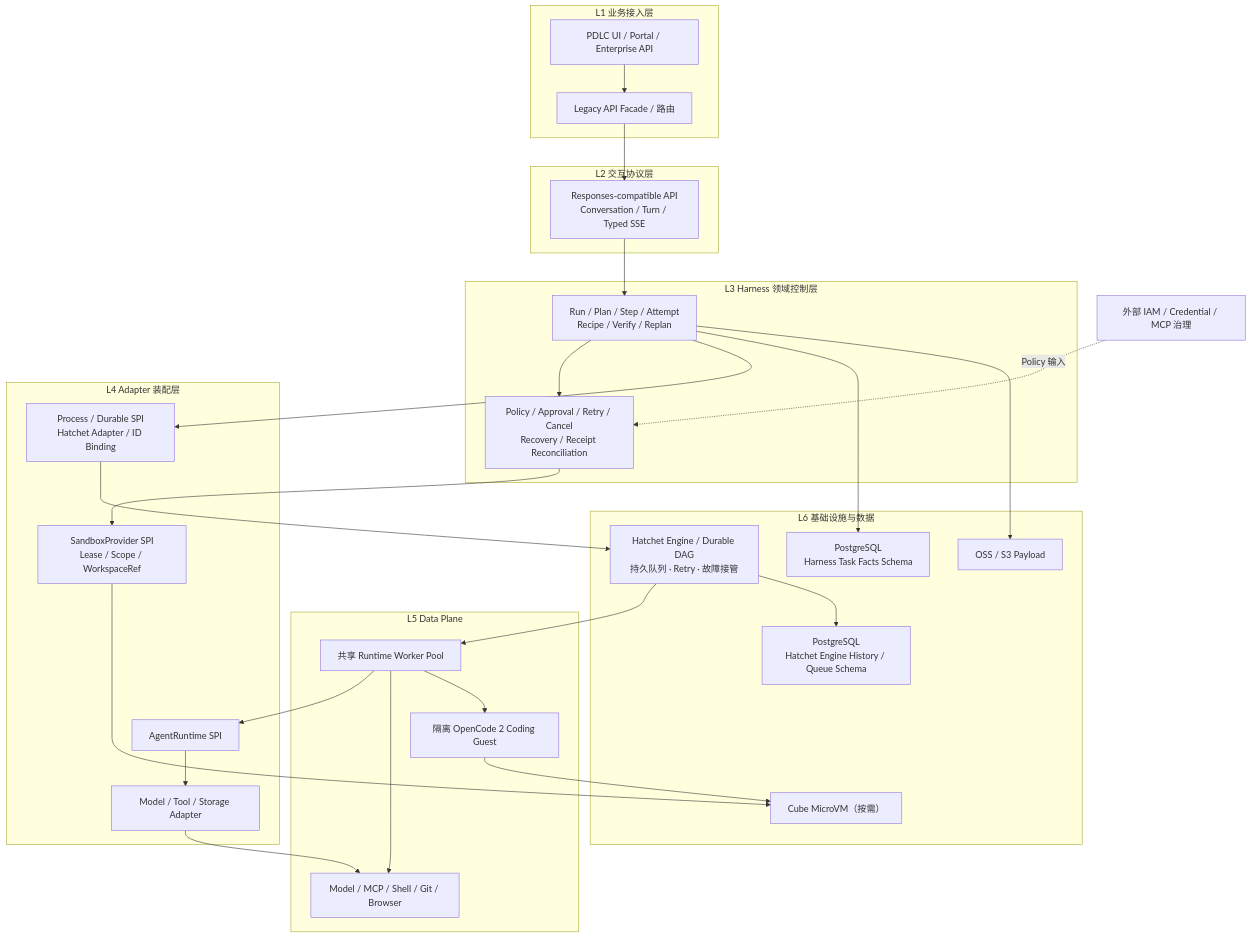
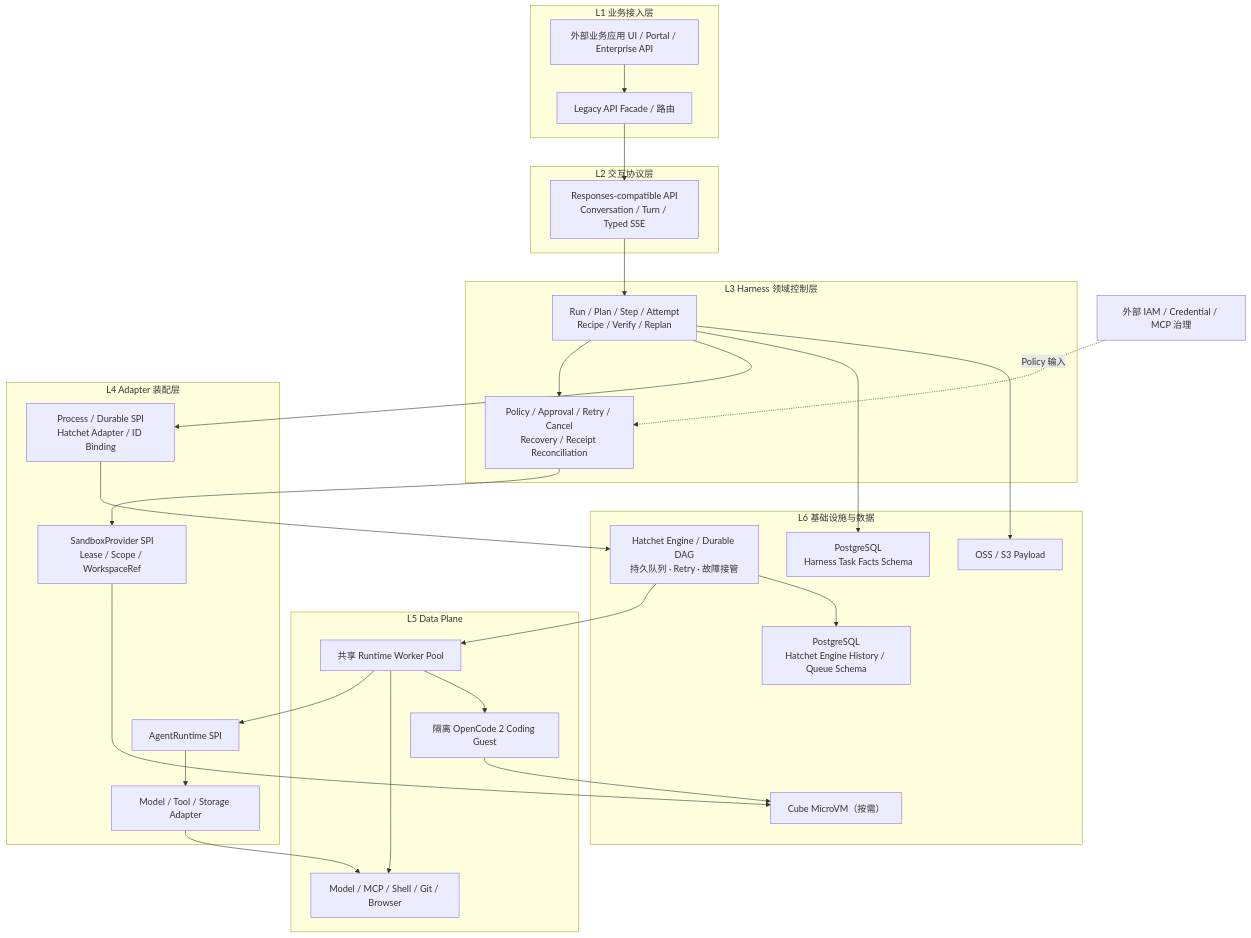
The fourth of 11 diagrams in README.md (Bulls1986/Agent-Harness-Platform), drawn with Mermaid before and after one commit. The commit also changed other lines of this file and 50 other files, not shown here.

````diff
--- a/README.md
+++ b/README.md
@@ -223,41 +223,41 @@
 ```mermaid
 flowchart TB
   subgraph L1["L1 业务接入层"]
-    PORT["PDLC UI / Portal / Enterprise API"]
+    PORT["外部业务应用 UI / Portal / Enterprise API"]
     FACADE["Legacy API Facade / 路由"]
   end
   subgraph L2["L2 交互协议层"]
     API["Responses-compatible API\nConversation / Turn / Typed SSE"]
   end
   subgraph L3["L3 Harness 领域控制层"]
     CORE["Run / Plan / Step / Attempt\nRecipe / Verify / Replan"]
     CTRL["Policy / Approval / Retry / Cancel\nRecovery / Receipt Reconciliation"]
   end
   subgraph L4["L4 Adapter 装配层"]
     AR["AgentRuntime SPI"]
     DU["Process / Durable SPI\nHatchet Adapter / ID Binding"]
     SB["SandboxProvider SPI\nLease / Scope / WorkspaceRef"]
     OTHER["Model / Tool / Storage Adapter"]
   end
   subgraph L5["L5 Data Plane"]
     WORK["共享 Runtime Worker Pool"]
     CODE["隔离 OpenCode 2 Coding Guest"]
     TOOL["Model / MCP / Shell / Git / Browser"]
   end
   subgraph L6["L6 基础设施与数据"]
     PG["PostgreSQL\nHarness Task Facts Schema"]
     HATP["PostgreSQL\nHatchet Engine History / Queue Schema"]
     HATE["Hatchet Engine / Durable DAG\n持久队列 · Retry · 故障接管"]
     OSS["OSS / S3 Payload"]
     CUBE["Cube MicroVM（按需）"]
   end
   PORT --> FACADE --> API --> CORE --> CTRL
   CORE --> DU --> HATE --> WORK --> AR
   HATE --> HATP
   CTRL --> SB --> CUBE
   AR --> OTHER --> TOOL
   WORK --> TOOL & CODE
   CODE --> CUBE
   CORE --> PG & OSS
   GOV["外部 IAM / Credential / MCP 治理"] -. "Policy 输入" .-> CTRL
 ```
````
